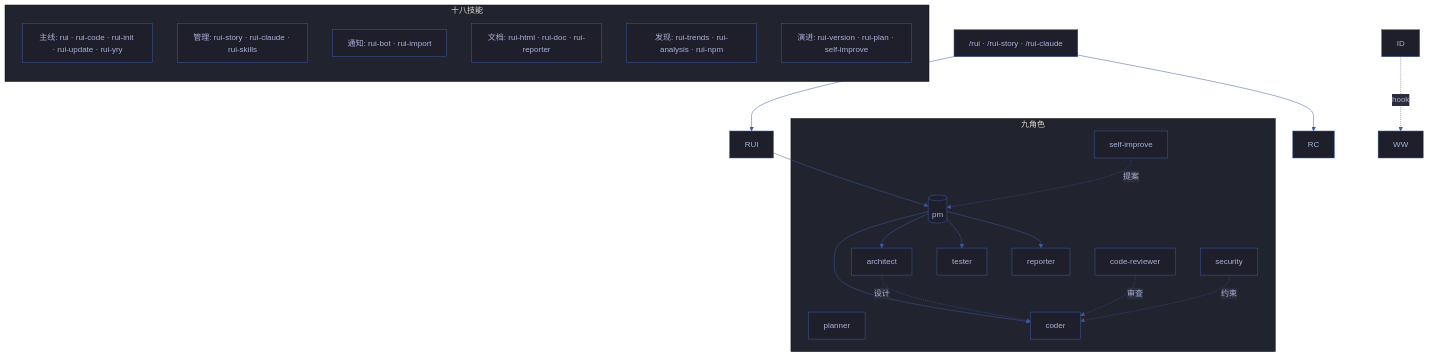
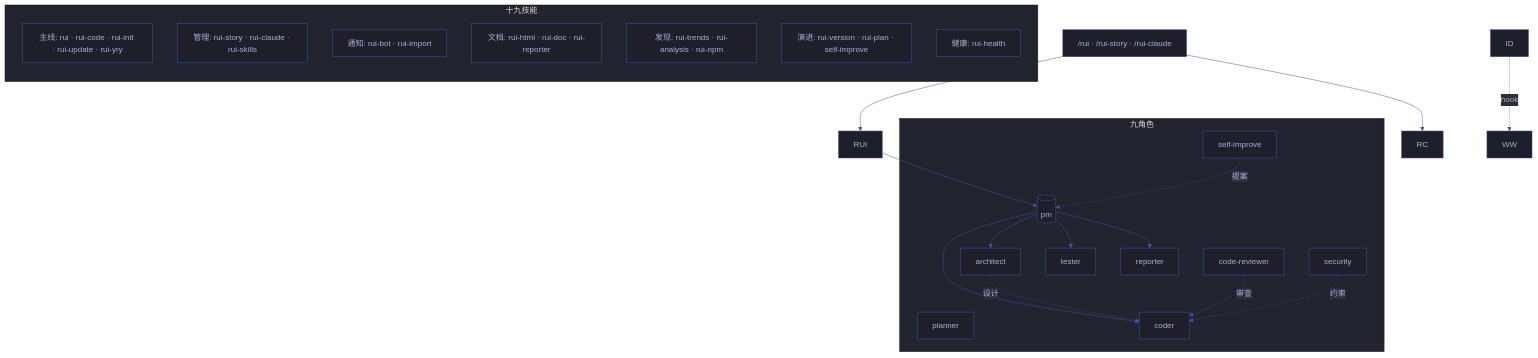
Before and after one commit to effiy/YrY: the first of 6 diagrams in README.md, drawn with Mermaid. The commit also changed other lines of this file and 69 other files, not shown here.

First line of the commit message:
feat: rui-health skill, 4 new governance rules, layer-info panels, docs index refactor

````diff
--- a/README.md
+++ b/README.md
@@ -9,44 +9,45 @@
 ```mermaid
 %%{init: {'theme': 'base', 'themeVariables': {
   'primaryColor': '#1e1f2b',
   'primaryTextColor': '#a9b1d6',
   'primaryBorderColor': '#3d59a1',
   'lineColor': '#3d59a1',
   'secondaryColor': '#2b2d3b',
   'tertiaryColor': '#21232f'
 }}}%%
 flowchart TD
     CMD["/rui · /rui-story · /rui-claude"]
 
-    subgraph Skills[十八技能]
+    subgraph Skills[十九技能]
         direction TB
         CORE["主线: rui · rui-code · rui-init · rui-update · rui-yry"]:::skill
         MGMT["管理: rui-story · rui-claude · rui-skills"]:::skill
         BOT["通知: rui-bot · rui-import"]:::skill
         DOCS["文档: rui-html · rui-doc · rui-reporter"]:::skill
         DISC["发现: rui-trends · rui-analysis · rui-npm"]:::skill
         EVO["演进: rui-version · rui-plan · self-improve"]:::skill
+        HEALTH["健康: rui-health"]:::skill
     end
 
     subgraph Agents[九角色]
         PM[("pm")]:::core
         PLANNER[planner]:::agent
         ARCHITECT[architect]:::agent
         CODER[coder]:::agent
         REVIEWER[code-reviewer]:::agent
         TESTER[tester]:::agent
         REPORTER[reporter]:::agent
         SECURITY[security]:::agent
         SI[self-improve]:::agent
     end
 
     CMD --> RUI & RC
     RUI --> PM
     PM --> ARCHITECT & CODER & TESTER & REPORTER
     ARCHITECT -.设计.-> CODER
     REVIEWER -.审查.-> CODER
     SECURITY -.约束.-> CODER
     SI -.提案.-> PM
     ID -.hook.-> WW
 
 ```
````
